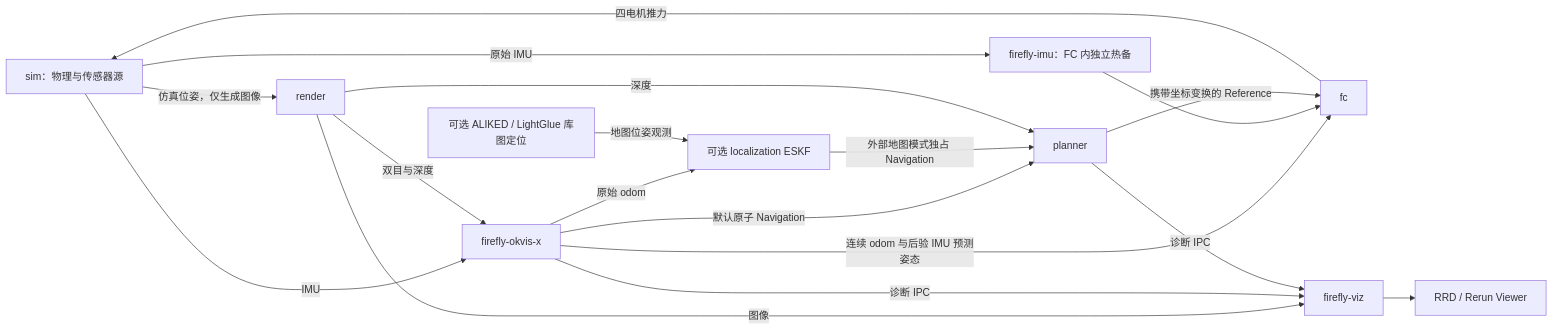
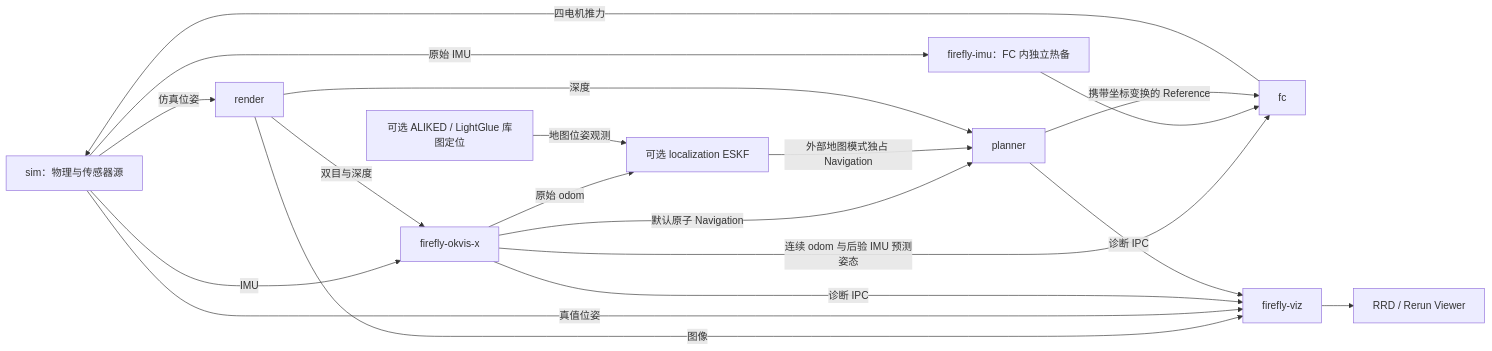
The first of 2 diagrams in docs/architecture.md (3SE-Competitive-Robotics-Team/firefly), drawn with Mermaid before and after one commit. The commit also changed other lines of this file and 25 other files, not shown here.

````diff
--- a/docs/architecture.md
+++ b/docs/architecture.md
@@ -11,20 +11,21 @@
 ```mermaid
 flowchart LR
     SIM[sim：物理与传感器源] -->|IMU| V[firefly-okvis-x]
-    SIM -->|仿真位姿，仅生成图像| R[render]
+    SIM -->|仿真位姿| R[render]
     R -->|双目与深度| V
     V -->|连续 odom 与后验 IMU 预测姿态| F[fc]
     SIM -->|原始 IMU| I[firefly-imu：FC 内独立热备]
     I --> F
     F -->|四电机推力| SIM
     V -->|默认原子 Navigation| P[planner]
     V -->|原始 odom| L[可选 localization ESKF]
     A[可选 ALIKED / LightGlue 库图定位] -->|地图位姿观测| L
     L -->|外部地图模式独占 Navigation| P
     R -->|深度| P
     P -->|携带坐标变换的 Reference| F
     R -->|图像| D[firefly-viz]
+    SIM -->|真值位姿| D
     V -->|诊断 IPC| D
     P -->|诊断 IPC| D
     D --> RRD[RRD / Rerun Viewer]
 ```
````
